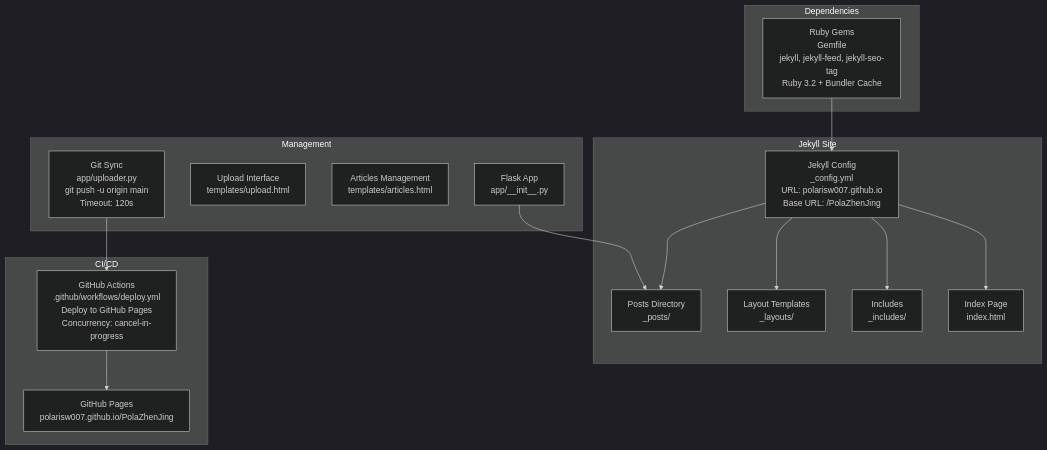
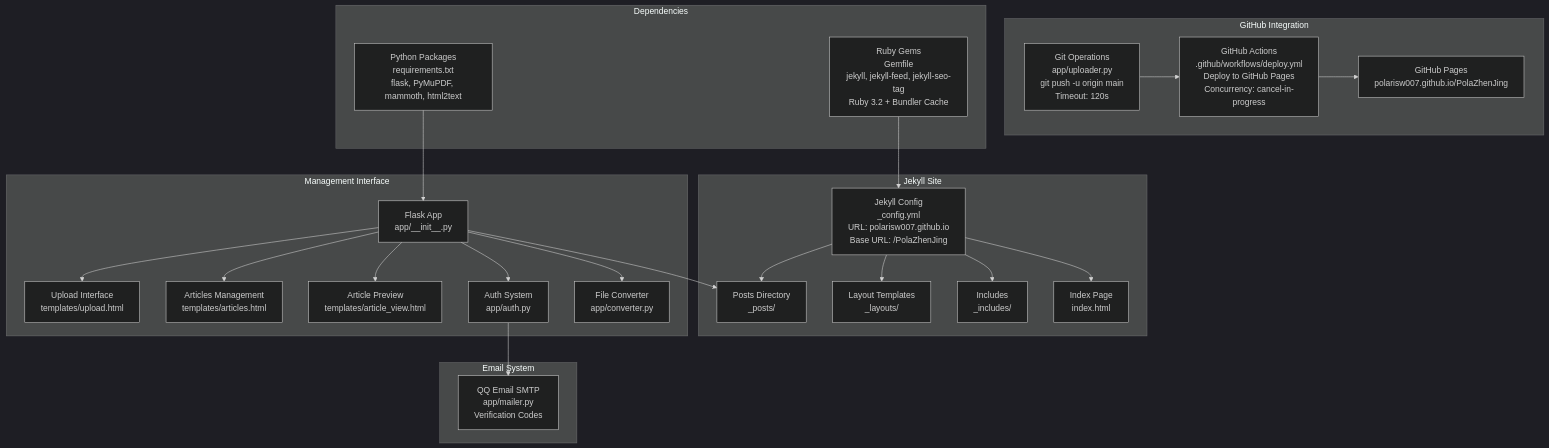
The first of 4 diagrams in .qoder/repowiki/en/content/Backend Application/Publishing Pipeline.md (PolarisW007/PolaZhenJing), drawn with Mermaid (dark theme) before and after one commit. The commit also changed other lines of this file and 8 other files, not shown here.

Commit message:
Add auto-sync to GitHub after article generation; add new article

````diff
--- a/.qoder/repowiki/en/content/Backend Application/Publishing Pipeline.md
+++ b/.qoder/repowiki/en/content/Backend Application/Publishing Pipeline.md
@@ -47,31 +56,45 @@
 ```mermaid
 graph TB
 subgraph "Jekyll Site"
 A["Jekyll Config<br/>_config.yml<br/>URL: polarisw007.github.io<br/>Base URL: /PolaZhenJing"]
 B["Posts Directory<br/>_posts/"]
 C["Layout Templates<br/>_layouts/"]
 D["Includes<br/>_includes/"]
 E["Index Page<br/>index.html"]
 end
-subgraph "Management"
+subgraph "Management Interface"
 F["Flask App<br/>app/__init__.py"]
 G["Upload Interface<br/>templates/upload.html"]
 H["Articles Management<br/>templates/articles.html"]
-I["Git Sync<br/>app/uploader.py<br/>git push -u origin main<br/>Timeout: 120s"]
+I["Article Preview<br/>templates/article_view.html"]
+J["Auth System<br/>app/auth.py"]
+K["File Converter<br/>app/converter.py"]
 end
-subgraph "CI/CD"
-J["GitHub Actions<br/>.github/workflows/deploy.yml<br/>Deploy to GitHub Pages<br/>Concurrency: cancel-in-progress"]
-K["GitHub Pages<br/>polarisw007.github.io/PolaZhenJing"]
+subgraph "GitHub Integration"
+L["Git Operations<br/>app/uploader.py<br/>git push -u origin main<br/>Timeout: 120s"]
+M["GitHub Actions<br/>.github/workflows/deploy.yml<br/>Deploy to GitHub Pages<br/>Concurrency: cancel-in-progress"]
+N["GitHub Pages<br/>polarisw007.github.io/PolaZhenJing"]
+end
+subgraph "Email System"
+O["QQ Email SMTP<br/>app/mailer.py<br/>Verification Codes"]
 end
 subgraph "Dependencies"
-L["Ruby Gems<br/>Gemfile<br/>jekyll, jekyll-feed, jekyll-seo-tag<br/>Ruby 3.2 + Bundler Cache"]
+P["Ruby Gems<br/>Gemfile<br/>jekyll, jekyll-feed, jekyll-seo-tag<br/>Ruby 3.2 + Bundler Cache"]
+Q["Python Packages<br/>requirements.txt<br/>flask, PyMuPDF, mammoth, html2text"]
 end
 A --> B
 A --> C
 A --> D
 A --> E
 F --> B
-I --> J
-J --> K
-L --> A
+F --> G
+F --> H
+F --> I
+F --> J
+F --> K
+J --> O
+L --> M
+M --> N
+P --> A
+Q --> F
 ```
````
